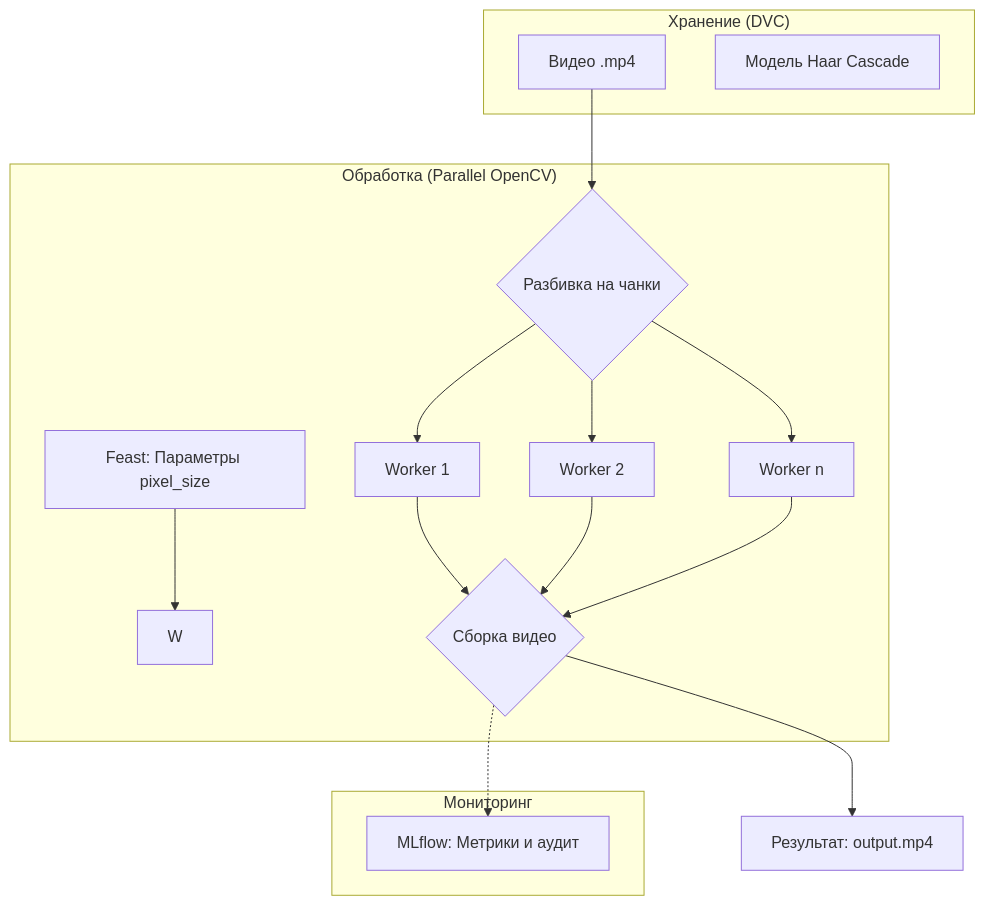
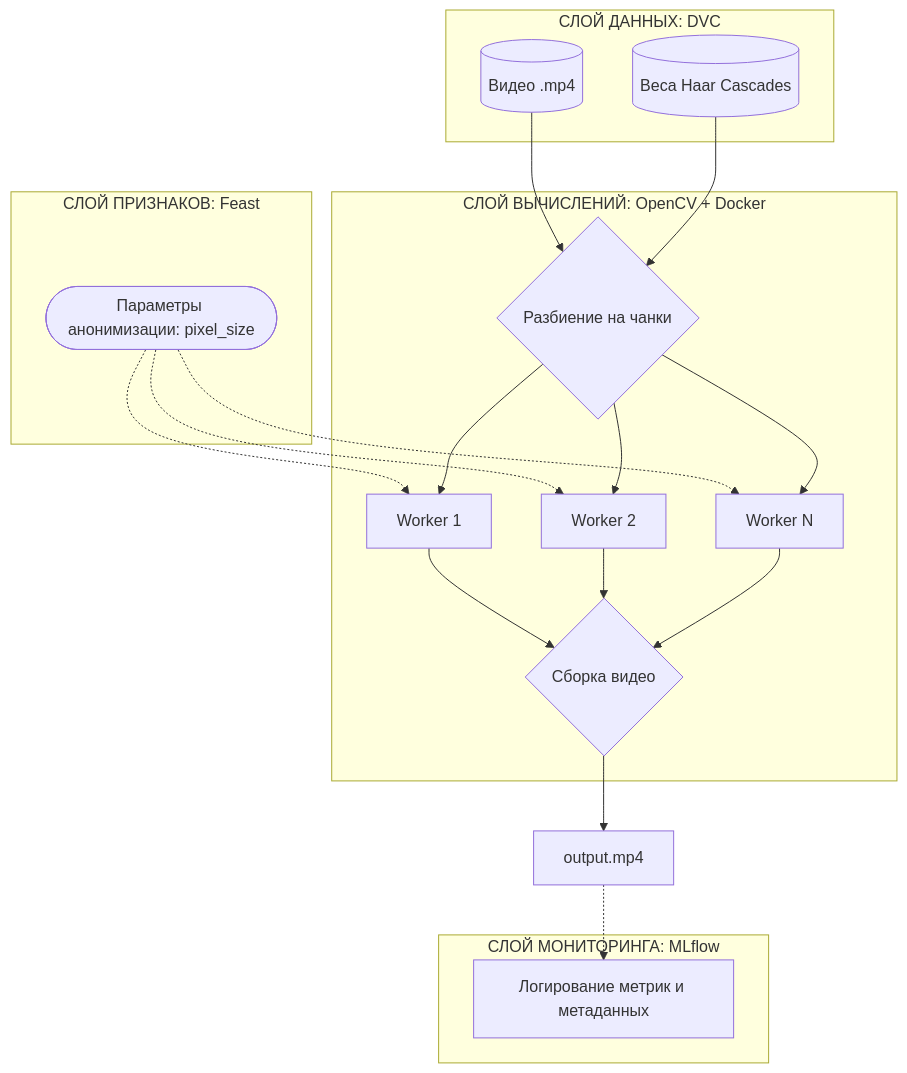
Before and after one commit to AlenaRtishcheva/hw5_mlops_Rtishcheva_Alena: the diagram in README.md, drawn with Mermaid. The commit also changed other lines of this file, not shown here.

````diff
--- a/README.md
+++ b/README.md
@@ -108,23 +108,37 @@
 ```mermaid
 graph TD
-    subgraph "Мониторинг"
-    M[MLflow: Метрики и аудит]
+    %% Слой мониторинга (Tracking Layer)
+    subgraph Tracking_Layer [СЛОЙ МОНИТОРИНГА: MLflow]
+        M[Логирование метрик и метаданных]
     end
 
-    subgraph "Хранение (DVC)"
-    V[Видео .mp4] 
-    H[Модель Haar Cascade]
+    %% Слой признаков (Feature Layer)
+    subgraph Feature_Layer [СЛОЙ ПРИЗНАКОВ: Feast]
+        F([Параметры анонимизации: pixel_size])
     end
 
-    subgraph "Обработка (Parallel OpenCV)"
-    F[Feast: Параметры pixel_size] --> W
-    V --> S{Разбивка на чанки}
-    S --> W1[Worker 1]
-    S --> W2[Worker 2]
-    S --> Wn[Worker n]
-    W1 & W2 & Wn --> J{Сборка видео}
+    %% Слой данных (Storage Layer)
+    subgraph Storage_Layer [СЛОЙ ДАННЫХ: DVC]
+        D1[(Видео .mp4)]
+        D2[(Веса Haar Cascades)]
     end
 
-    J --> Res[Результат: output.mp4]
-    J -.-> M
+    %% Слой вычислений (Processing Layer)
+    subgraph Processing_Layer [СЛОЙ ВЫЧИСЛЕНИЙ: OpenCV + Docker]
+        S{Разбиение на чанки}
+        W1[Worker 1]
+        W2[Worker 2]
+        W3[Worker N]
+        J{Сборка видео}
+    end
+
+    %% Связи между слоями
+    D1 & D2 --> S
+    F -.-> W1 & W2 & W3
+    S --> W1 & W2 & W3
+    W1 & W2 & W3 --> J
+    J --> Result[output.mp4]
+    
+    %% Связь с мониторингом
+    Result -.-> M
 ```
````
